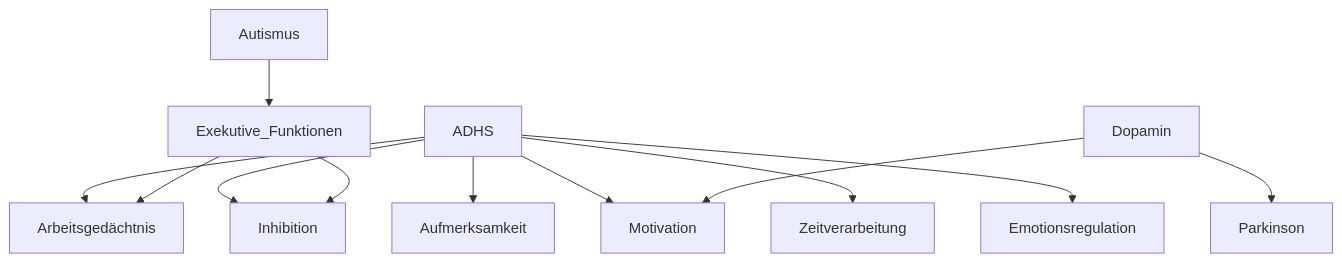
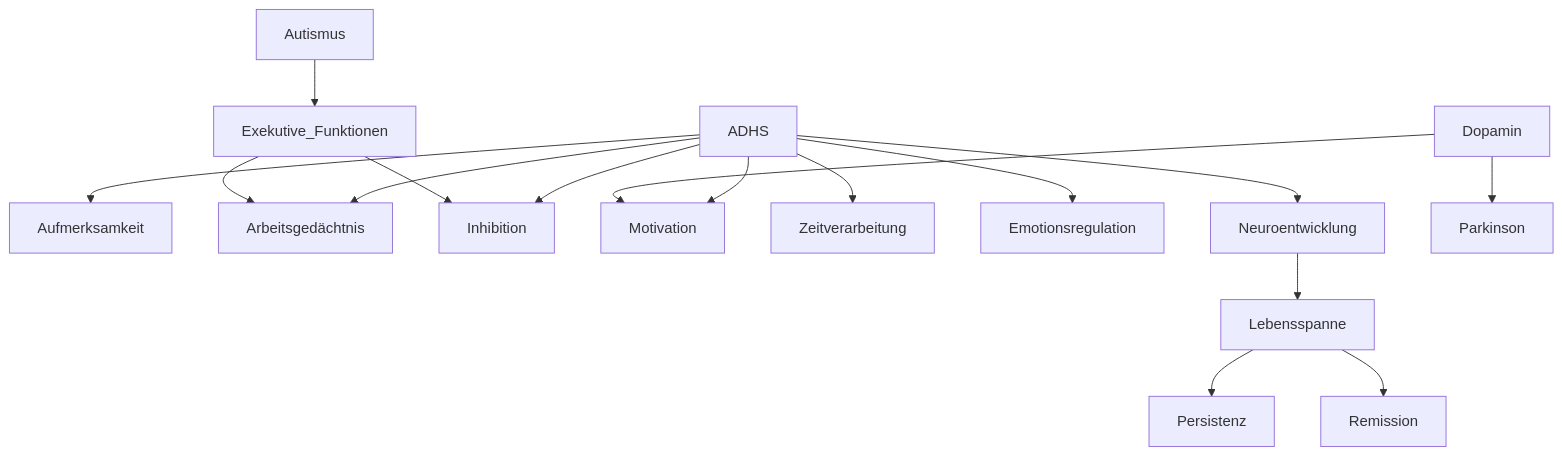
Before and after one commit to H234598/ADHS-Lernpfad: the diagram in knowledge-graph/README.md, drawn with Mermaid.

Commit message:
Erweitere Wissensgraph um Lebensspannenverlauf

````diff
--- a/knowledge-graph/README.md
+++ b/knowledge-graph/README.md
@@ -5,14 +5,18 @@
 ```mermaid
 flowchart TD
   ADHS --> Aufmerksamkeit
   ADHS --> Arbeitsgedächtnis
   ADHS --> Inhibition
   ADHS --> Motivation
   ADHS --> Zeitverarbeitung
   ADHS --> Emotionsregulation
+  ADHS --> Neuroentwicklung
+  Neuroentwicklung --> Lebensspanne
+  Lebensspanne --> Persistenz
+  Lebensspanne --> Remission
   Dopamin --> Motivation
   Dopamin --> Parkinson
   Exekutive_Funktionen --> Arbeitsgedächtnis
   Exekutive_Funktionen --> Inhibition
   Autismus --> Exekutive_Funktionen
 ```
````
